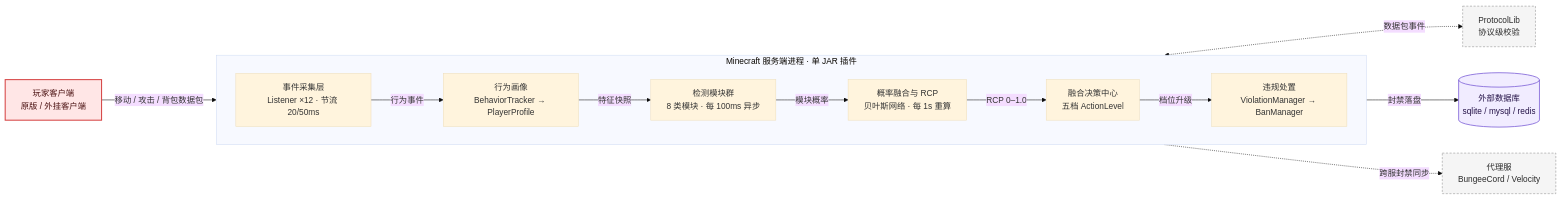
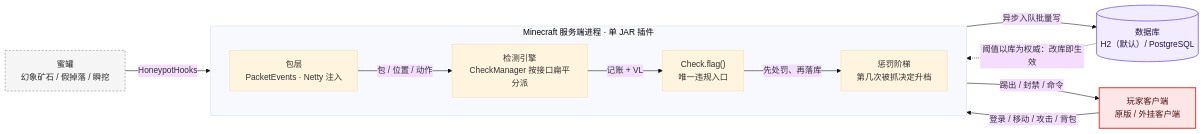
Before and after one commit to cklsit/AdvancedAntiCheat: the diagram in README.md, drawn with Mermaid (base theme). The commit also changed other lines of this file and 90 other files, not shown here.

````diff
--- a/README.md
+++ b/README.md
@@ -44,29 +46,25 @@
 ```mermaid
 flowchart LR
   P["玩家客户端<br/>原版 / 外挂客户端"]:::untrusted
 
   subgraph SRV["Minecraft 服务端进程 · 单 JAR 插件"]
     direction LR
-    E["事件采集层<br/>Listener ×12 · 节流 20/50ms"]
-    B["行为画像<br/>BehaviorTracker → PlayerProfile"]
-    M["检测模块群<br/>8 类模块 · 每 100ms 异步"]
-    F["概率融合与 RCP<br/>贝叶斯网络 · 每 1s 重算"]
-    G["融合决策中心<br/>五档 ActionLevel"]
-    S["违规处置<br/>ViolationManager → BanManager"]
-    E -->|行为事件| B
-    B -->|特征快照| M
-    M -->|模块概率| F
-    F -->|RCP 0–1.0| G
-    G -->|档位升级| S
+    L["包层<br/>PacketEvents · Netty 注入"]
+    C["检测引擎<br/>CheckManager 按接口扁平分派"]
+    F["Check.flag()<br/>唯一违规入口"]
+    X["惩罚阶梯<br/>第几次被抓决定升档"]
+    L -->|包 / 位置 / 动作| C
+    C -->|记账 + VL| F
+    F -->|先处罚、再落库| X
   end
 
-  P -->|移动 / 攻击 / 背包数据包| E
-
-  M <-.->|数据包事件| L["ProtocolLib<br/>协议级校验"]:::soft
-  S -->|封禁落盘| DB[("外部数据库<br/>sqlite / mysql / redis")]:::external
-  S -.->|跨服封禁同步| PR["代理服<br/>BungeeCord / Velocity"]:::soft
+  P -->|登录 / 移动 / 攻击 / 背包| L
+  F -->|异步入队批量写| DB[("数据库<br/>H2（默认）/ PostgreSQL")]:::external
+  DB -.->|阈值以库为权威：改库即生效| C
+  X -->|踢出 / 封禁 / 命令| P
+  H["蜜罐<br/>幻象矿石 / 假掉落 / 瞬挖"]:::soft -->|HoneypotHooks| C
 
   classDef untrusted fill:#ffe6e6,stroke:#d64545,stroke-width:2px,color:#4a1010
   classDef external fill:#f1ecff,stroke:#7a5cd6,stroke-width:1.5px,color:#241247
   classDef soft fill:#f5f5f5,stroke:#8a8a8a,stroke-width:1px,stroke-dasharray:4 3,color:#2b2b2b
 ```
````
